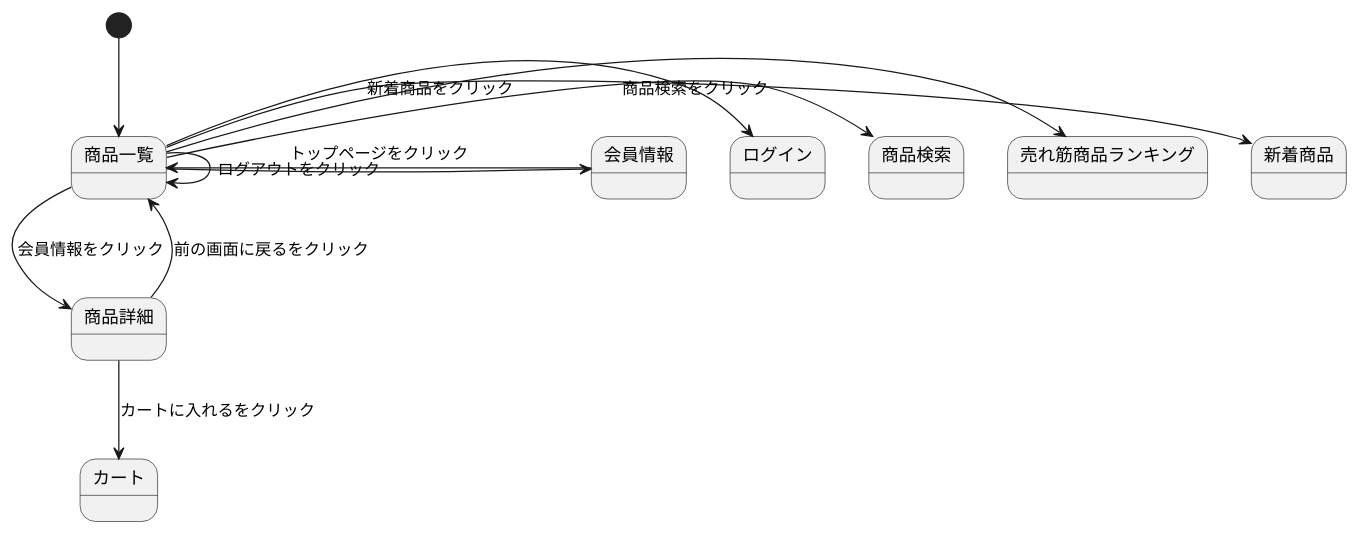
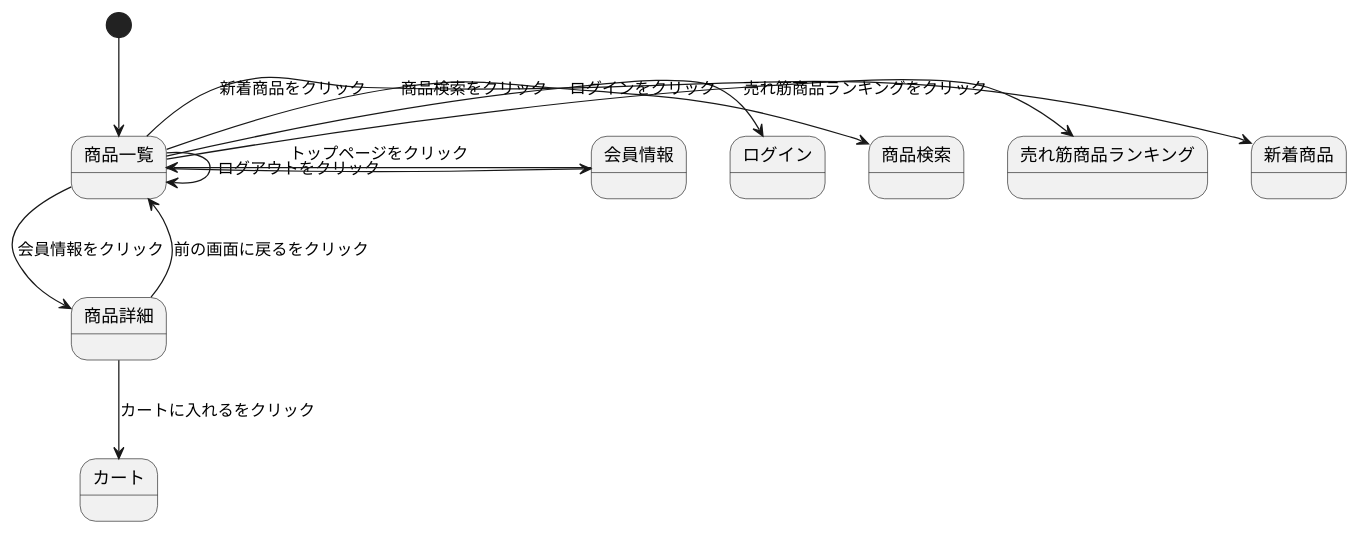
One commit to Aso2001369/2021sys-design changed the diagram in stmmyshop.md. Above: the diagram before and after it, drawn with PlantUML.

````diff
--- a/stmmyshop.md
+++ b/stmmyshop.md
@@ -1,16 +1,16 @@
 ```uml
 @startuml
 
 [*] --> 商品一覧
 商品一覧 -> 新着商品 : 新着商品をクリック
-商品一覧 -> 売れ筋商品ランキング
+商品一覧 -> 売れ筋商品ランキング : 売れ筋商品ランキングをクリック
 商品一覧 -> 商品検索 : 商品検索をクリック
 商品一覧 -> 商品詳細 : 会員情報をクリック
-商品一覧 -> ログイン
+商品一覧 -> ログイン : ログインをクリック
 商品一覧 -> 商品一覧 : ログアウトをクリック
 商品一覧 -> 会員情報
 商品詳細 --> カート : カートに入れるをクリック
 商品詳細 --> 商品一覧 : 前の画面に戻るをクリック
 会員情報 -> 商品一覧 : トップページをクリック
 @enduml
 ```
````
